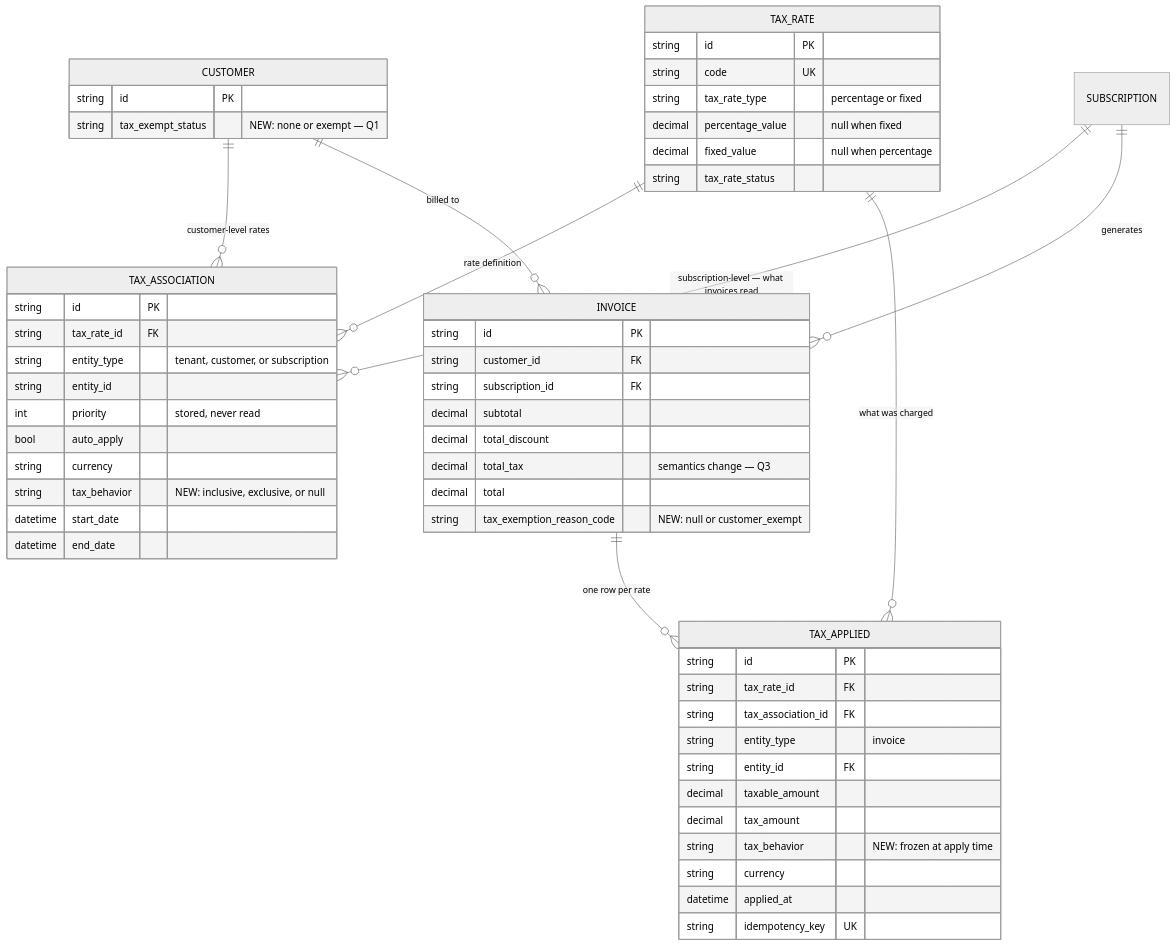
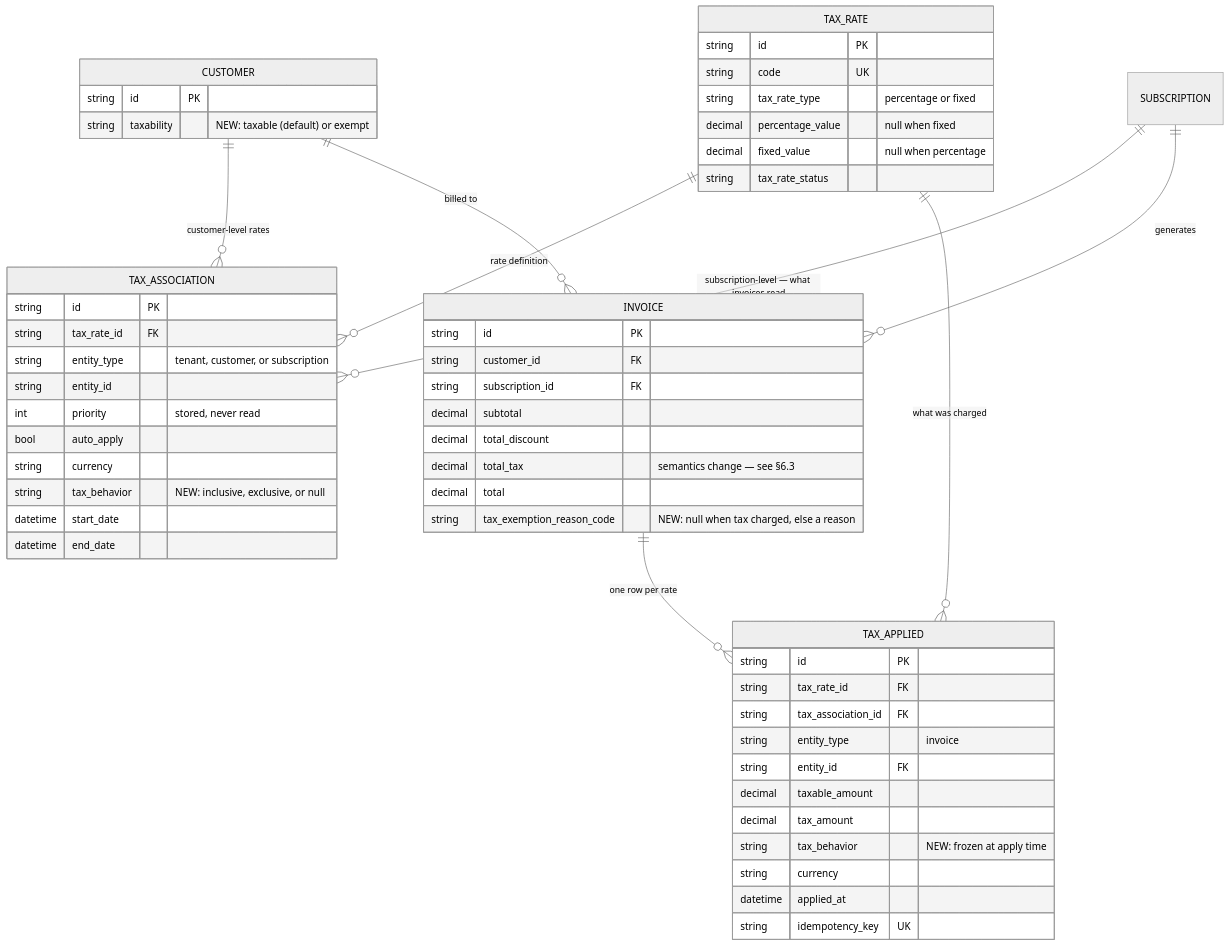
Before and after one commit to subratsahilgupta/flexprice: the first of 5 diagrams in docs/design/2026-08-17-FLE-1187-taxation-lineitem-inclusive.md, drawn with Mermaid (neutral theme). The commit also changed other lines of this file, not shown here.

Commit message:
docs(taxation): enhance design document with detailed credit note and taxability definitions, update validation rules for subscriptions

````diff
--- a/docs/design/2026-08-17-FLE-1187-taxation-lineitem-inclusive.md
+++ b/docs/design/2026-08-17-FLE-1187-taxation-lineitem-inclusive.md
@@ -46,62 +46,62 @@
 ```mermaid
 erDiagram
     CUSTOMER ||--o{ TAX_ASSOCIATION : "customer-level rates"
     CUSTOMER ||--o{ INVOICE : "billed to"
     SUBSCRIPTION ||--o{ TAX_ASSOCIATION : "subscription-level — what invoices read"
     SUBSCRIPTION ||--o{ INVOICE : generates
     TAX_RATE ||--o{ TAX_ASSOCIATION : "rate definition"
     TAX_RATE ||--o{ TAX_APPLIED : "what was charged"
     INVOICE ||--o{ TAX_APPLIED : "one row per rate"
 
     CUSTOMER {
         string id PK
-        string tax_exempt_status "NEW: none or exempt — Q1"
+        string taxability "NEW: taxable (default) or exempt"
     }
 
     TAX_RATE {
         string id PK
         string code UK
         string tax_rate_type "percentage or fixed"
         decimal percentage_value "null when fixed"
         decimal fixed_value "null when percentage"
         string tax_rate_status
     }
 
     TAX_ASSOCIATION {
         string id PK
         string tax_rate_id FK
         string entity_type "tenant, customer, or subscription"
         string entity_id
         int priority "stored, never read"
         bool auto_apply
         string currency
         string tax_behavior "NEW: inclusive, exclusive, or null"
         datetime start_date
         datetime end_date
     }
 
     INVOICE {
         string id PK
         string customer_id FK
         string subscription_id FK
         decimal subtotal
         decimal total_discount
-        decimal total_tax "semantics change — Q3"
+        decimal total_tax "semantics change — see §6.3"
         decimal total
-        string tax_exemption_reason_code "NEW: null or customer_exempt"
+        string tax_exemption_reason_code "NEW: null when tax charged, else a reason"
     }
 
     TAX_APPLIED {
         string id PK
         string tax_rate_id FK
         string tax_association_id FK
         string entity_type "invoice"
         string entity_id FK
         decimal taxable_amount
         decimal tax_amount
         string tax_behavior "NEW: frozen at apply time"
         string currency
         datetime applied_at
         string idempotency_key UK
     }
 ```
````
